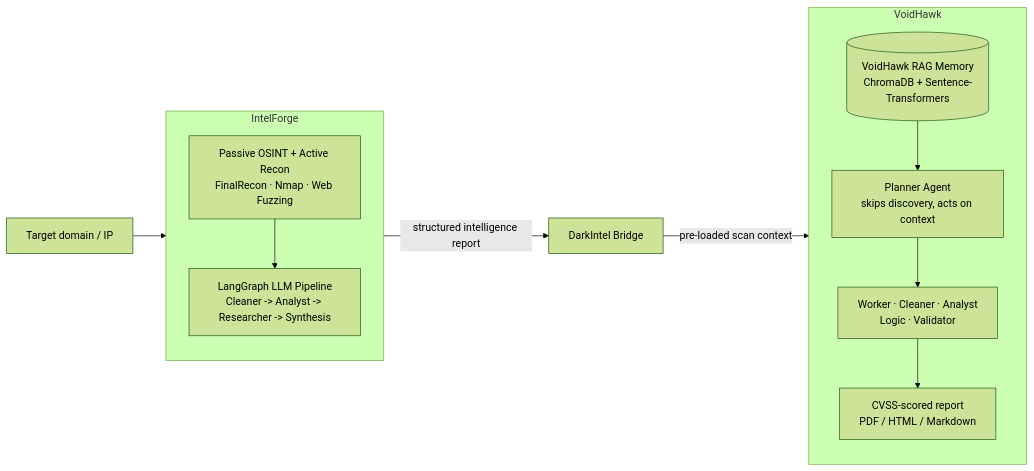
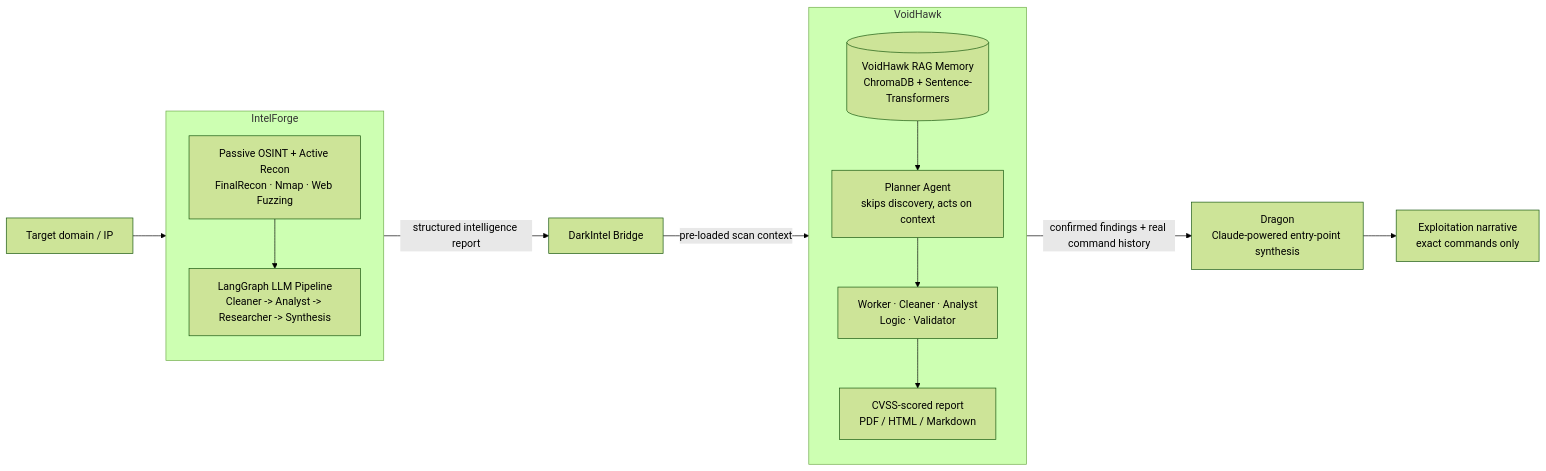
Before and after one commit to WaelHammali/DarkIntel: the diagram in README.md, drawn with Mermaid (forest theme). The commit also changed other lines of this file, not shown here.

````diff
--- a/README.md
+++ b/README.md
@@ -11,19 +11,22 @@
 ```mermaid
 flowchart LR
     Target[Target domain / IP] --> IF[IntelForge]
 
     subgraph IF[IntelForge]
         direction TB
         Recon[Passive OSINT + Active Recon\nFinalRecon · Nmap · Web Fuzzing] --> Pipe[LangGraph LLM Pipeline\nCleaner -> Analyst -> Researcher -> Synthesis]
     end
 
     Pipe -->|structured intelligence report| Bridge[DarkIntel Bridge]
     Bridge -->|pre-loaded scan context| Memory[(VoidHawk RAG Memory\nChromaDB + Sentence-Transformers)]
 
     subgraph VH[VoidHawk]
         direction TB
         Memory --> Planner[Planner Agent\nskips discovery, acts on context]
         Planner --> Agents[Worker · Cleaner · Analyst\nLogic · Validator]
         Agents --> Report[CVSS-scored report\nPDF / HTML / Markdown]
     end
+
+    Agents -->|confirmed findings + real command history| Dragon[Dragon\nClaude-powered entry-point synthesis]
+    Dragon --> Narrative[Exploitation narrative\nexact commands only]
 ```
````
